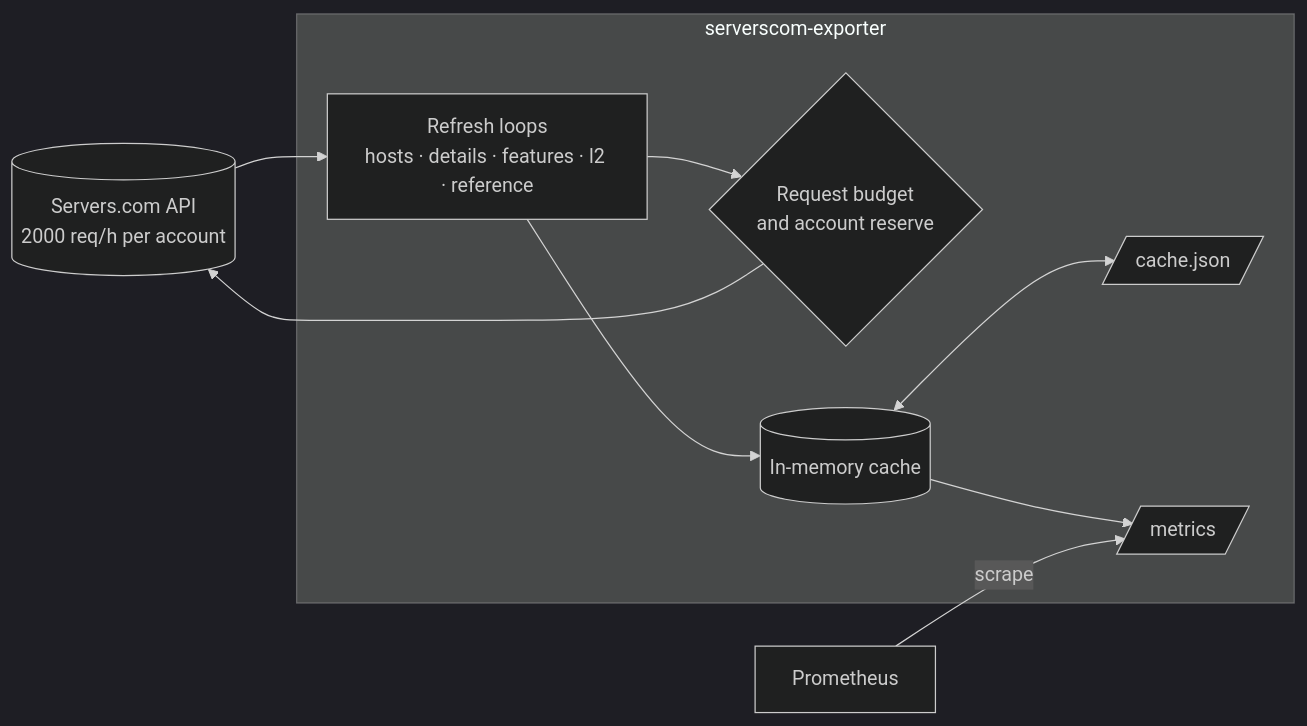
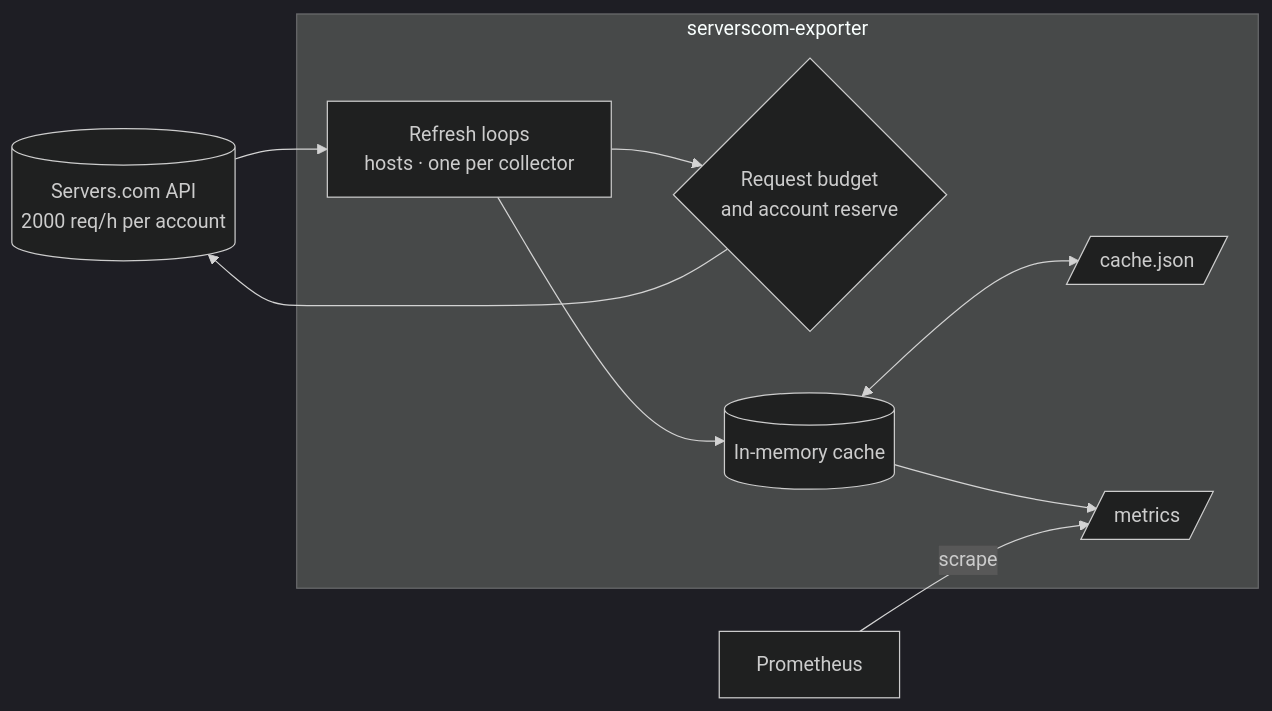
One commit to rayderua/prometheus-serverscom-exporter changed the diagram in README.md. Above: the diagram before and after it, drawn with Mermaid (dark theme). The commit also changed other lines of this file and 27 other files, not shown here.

````diff
--- a/README.md
+++ b/README.md
@@ -42,18 +43,18 @@
 ```mermaid
 flowchart LR
     API[(Servers.com API<br/>2000 req/h per account)]
     subgraph exporter [serverscom-exporter]
-        L[Refresh loops<br/>hosts · details · features · l2 · reference]
+        L[Refresh loops<br/>hosts · one per collector]
         B{Request budget<br/>and account reserve}
         C[(In-memory cache)]
         F[/cache.json/]
         M[/metrics/]
     end
     P[Prometheus]
 
     L --> B --> API
     API --> L --> C
     C <--> F
     C --> M
     P -- scrape --> M
 ```
````
